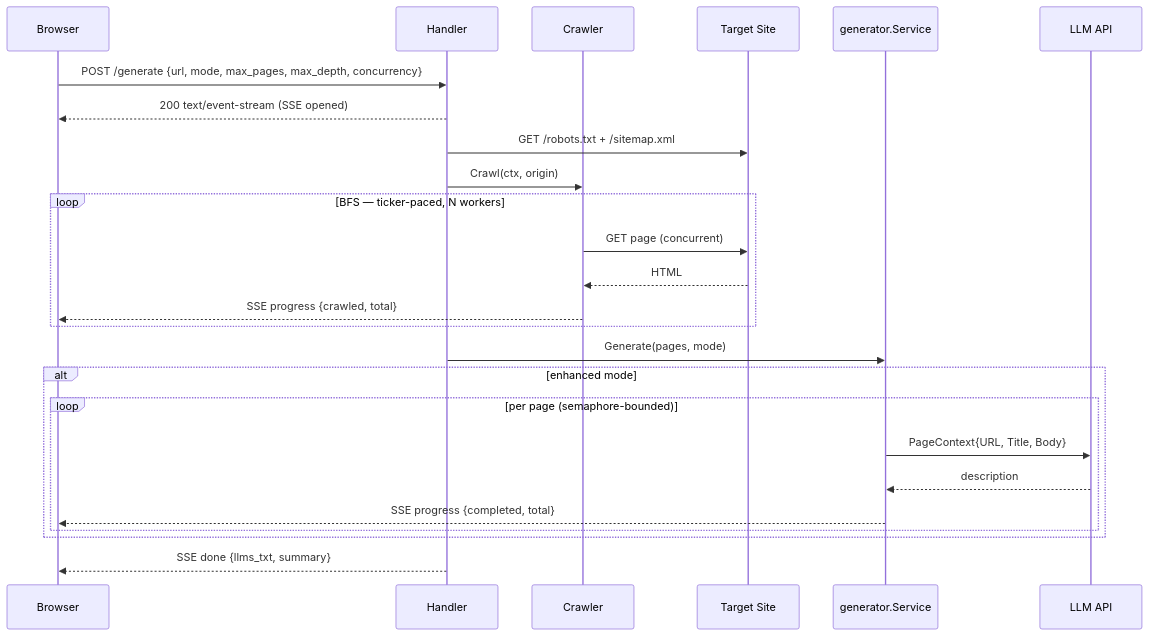
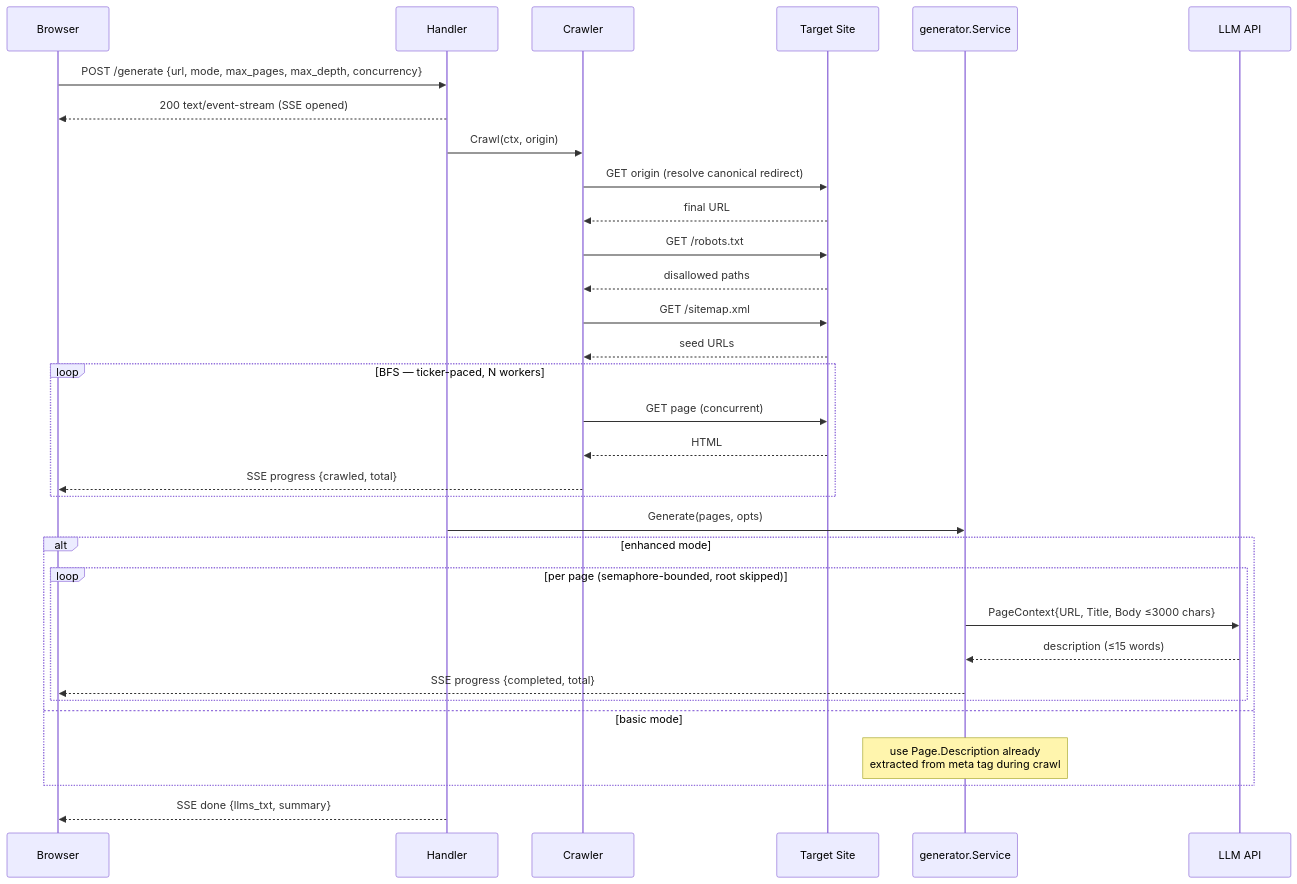
The first of 3 diagrams in PRESENTATION.md (noahschumacher/llm-txt), drawn with Mermaid before and after one commit. The commit also changed other lines of this file, not shown here.

````diff
--- a/PRESENTATION.md
+++ b/PRESENTATION.md
@@ -35,33 +35,40 @@
 ```mermaid
 sequenceDiagram
     participant B as Browser
     participant H as Handler
     participant C as Crawler
     participant T as Target Site
     participant G as generator.Service
     participant L as LLM API
 
     B->>H: POST /generate {url, mode, max_pages, max_depth, concurrency}
     H-->>B: 200 text/event-stream (SSE opened)
 
-    H->>T: GET /robots.txt + /sitemap.xml
     H->>C: Crawl(ctx, origin)
+    C->>T: GET origin (resolve canonical redirect)
+    T-->>C: final URL
+    C->>T: GET /robots.txt
+    T-->>C: disallowed paths
+    C->>T: GET /sitemap.xml
+    T-->>C: seed URLs
 
     loop BFS — ticker-paced, N workers
         C->>T: GET page (concurrent)
         T-->>C: HTML
         C-->>B: SSE progress {crawled, total}
     end
 
-    H->>G: Generate(pages, mode)
+    H->>G: Generate(pages, opts)
 
     alt enhanced mode
-        loop per page (semaphore-bounded)
-            G->>L: PageContext{URL, Title, Body}
-            L-->>G: description
+        loop per page (semaphore-bounded, root skipped)
+            G->>L: PageContext{URL, Title, Body ≤3000 chars}
+            L-->>G: description (≤15 words)
             G-->>B: SSE progress {completed, total}
         end
+    else basic mode
+        note over G: use Page.Description already<br/>extracted from meta tag during crawl
     end
 
     H-->>B: SSE done {llms_txt, summary}
 ```
````
